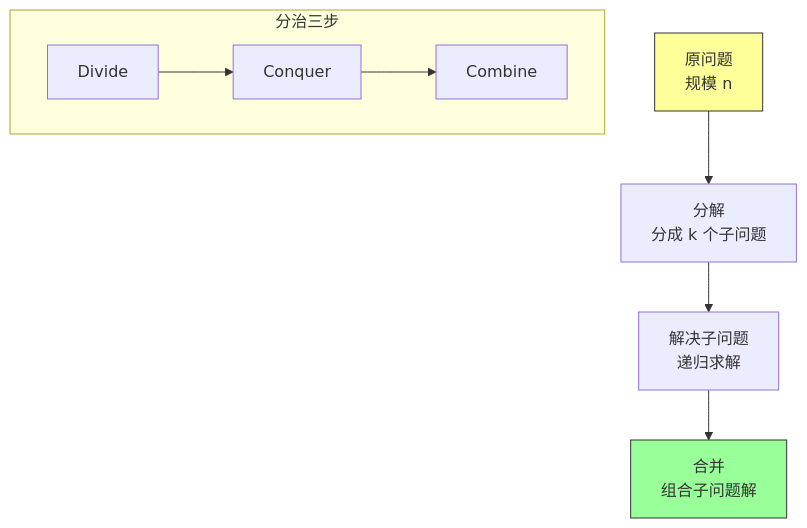
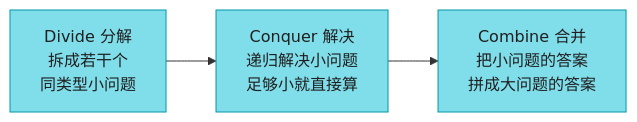
The first of 7 diagrams in IntroductionToAlgorithms/Chapter04_分治策略_深度版.md (socoo123/book_reading), drawn with Mermaid before and after one commit. The commit also changed other lines of this file and 30 other files, not shown here.

````diff
--- a/IntroductionToAlgorithms/Chapter04_分治策略_深度版.md
+++ b/IntroductionToAlgorithms/Chapter04_分治策略_深度版.md
@@ -9,13 +15,8 @@
 ```mermaid
-flowchart TD
-    A["原问题<br/>规模 n"] --> B["分解<br/>分成 k 个子问题"]
-    B --> C["解决子问题<br/>递归求解"]
-    C --> D["合并<br/>组合子问题解"]
+flowchart LR
+    A["Divide 分解<br/>拆成若干个<br/>同类型小问题"] --> B["Conquer 解决<br/>递归解决小问题<br/>足够小就直接算"]
+    B --> C["Combine 合并<br/>把小问题的答案<br/>拼成大问题的答案"]
 
-    subgraph 分治三步
-    B1["Divide"] --> C1["Conquer"] --> D1["Combine"]
-    end
-
-    style A fill:#ff9,stroke:#333
-    style D fill:#9f9,stroke:#333
+    classDef step fill:#80DEEA,stroke:#0097A7,color:#1f1f1f
+    class A,B,C step
 ```
````
